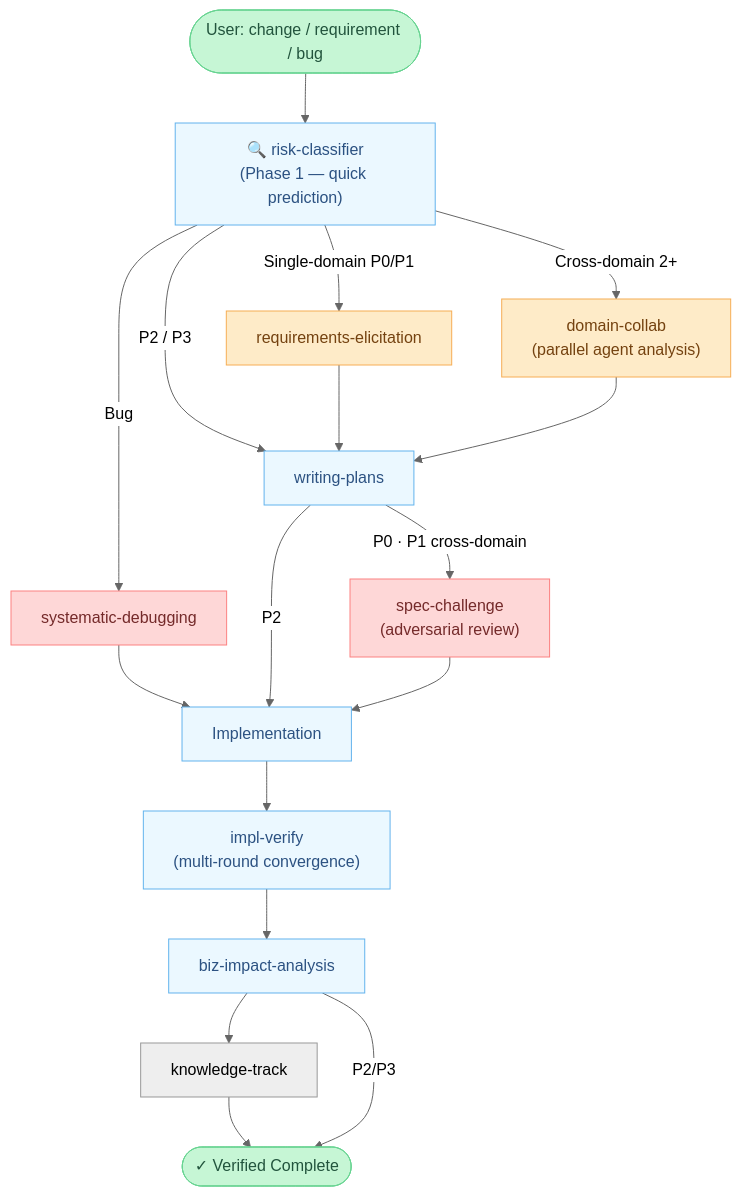
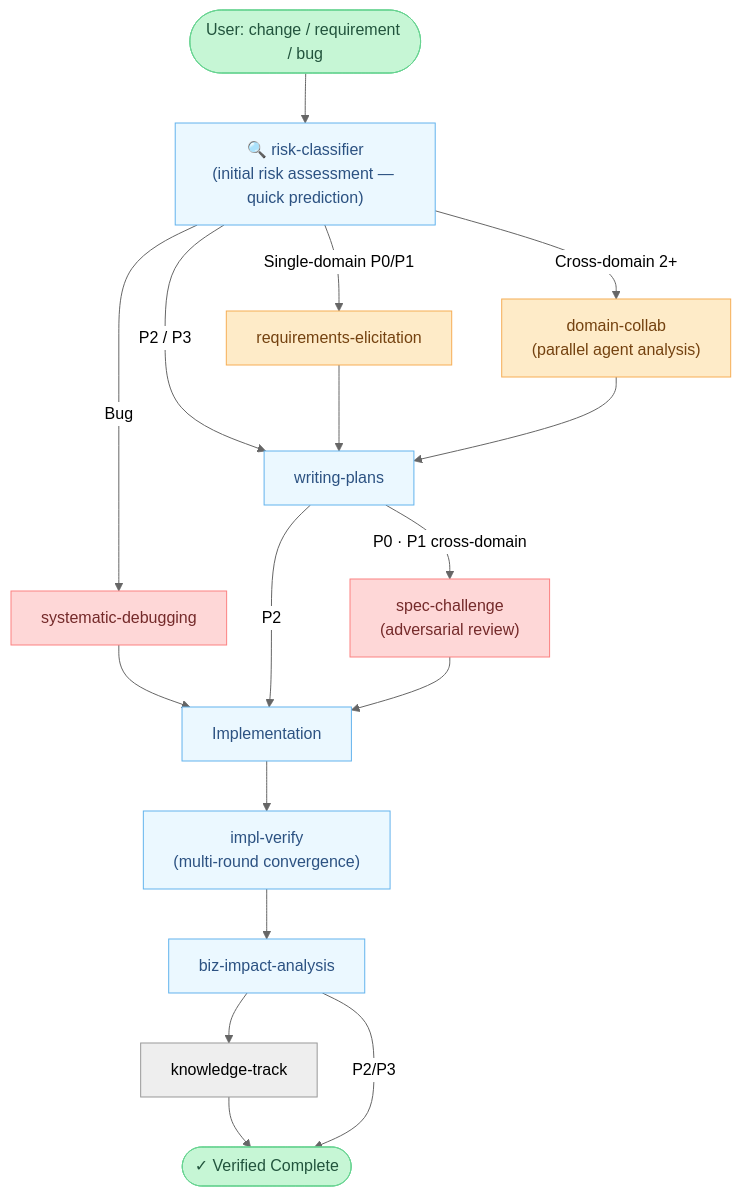
One commit to Aimeerrhythm/enterprise-change-workflow changed the first of 2 diagrams in README.md. Above: the diagram before and after it, drawn with Mermaid (neutral theme). The commit also changed other lines of this file and 44 other files, not shown here.

````diff
--- a/README.md
+++ b/README.md
@@ -42,40 +42,40 @@
 ```mermaid
 flowchart TD
     IN([User: change / requirement / bug]) --> RC
 
-    RC["🔍 risk-classifier\n(Phase 1 — quick prediction)"]
+    RC["🔍 risk-classifier\n(initial risk assessment — quick prediction)"]
 
     RC -->|Single-domain P0/P1| RE[requirements-elicitation]
     RC -->|Cross-domain 2+| DC["domain-collab\n(parallel agent analysis)"]
     RC -->|P2 / P3| WP
     RC -->|Bug| SD[systematic-debugging]
 
     RE --> WP
     DC --> WP
 
     SD --> IMPL
 
     WP["writing-plans"] -->|P0 · P1 cross-domain| SC["spec-challenge\n(adversarial review)"]
     WP -->|P2| IMPL
     SC --> IMPL
 
     IMPL[Implementation] --> IV
     IV["impl-verify\n(multi-round convergence)"] --> BIA
     BIA["biz-impact-analysis"] --> KT
     KT["knowledge-track"] --> DONE
     BIA -->|P2/P3| DONE
 
     DONE([✓ Verified Complete])
 
     style RC  fill:#EBF8FF,stroke:#63B3ED,color:#2C5282
     style WP  fill:#EBF8FF,stroke:#63B3ED,color:#2C5282
     style IMPL fill:#EBF8FF,stroke:#63B3ED,color:#2C5282
     style IV  fill:#EBF8FF,stroke:#63B3ED,color:#2C5282
     style BIA fill:#EBF8FF,stroke:#63B3ED,color:#2C5282
     style RE  fill:#FEEBC8,stroke:#F6AD55,color:#744210
     style DC  fill:#FEEBC8,stroke:#F6AD55,color:#744210
     style SC  fill:#FED7D7,stroke:#FC8181,color:#742A2A
     style SD  fill:#FED7D7,stroke:#FC8181,color:#742A2A
     style IN  fill:#C6F6D5,stroke:#68D391,color:#22543D
     style DONE fill:#C6F6D5,stroke:#68D391,color:#22543D
 ```
````
